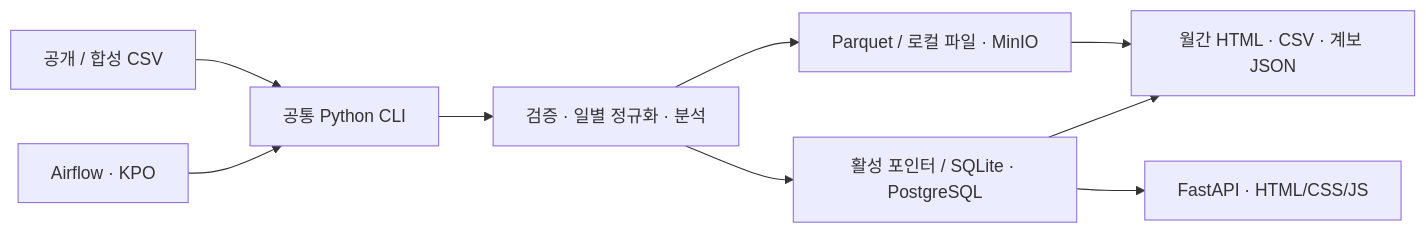
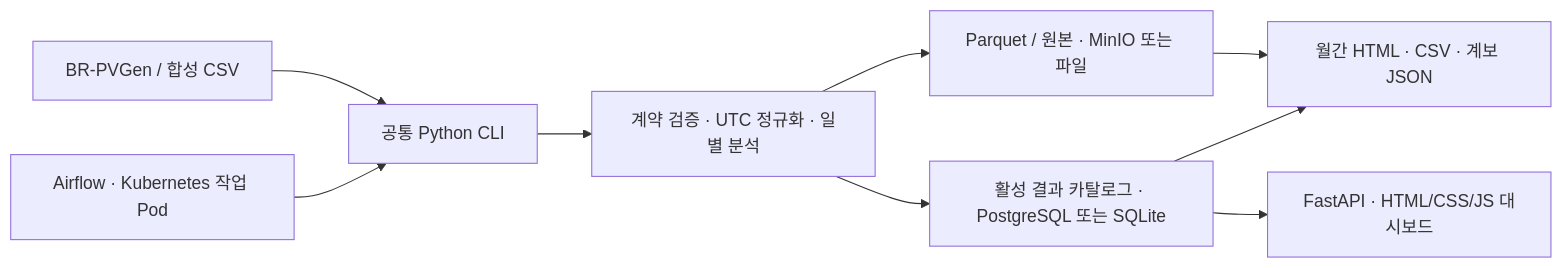
One commit to TaeyanG4/solarops-audit changed the diagram in README.md. Above: the diagram before and after it, drawn with Mermaid. The commit also changed other lines of this file and 24 other files, not shown here.

````diff
--- a/README.md
+++ b/README.md
@@ -43,11 +97,11 @@
 ```mermaid
 flowchart LR
-    A[공개 / 합성 CSV] --> B[공통 Python CLI]
-    H[Airflow · KPO] --> B
-    B --> C[검증 · 일별 정규화 · 분석]
-    C --> D[Parquet / 로컬 파일 · MinIO]
-    C --> E[활성 포인터 / SQLite · PostgreSQL]
+    A[BR-PVGen / 합성 CSV] --> B[공통 Python CLI]
+    H[Airflow · Kubernetes 작업 Pod] --> B
+    B --> C[계약 검증 · UTC 정규화 · 일별 분석]
+    C --> D[Parquet / 원본 · MinIO 또는 파일]
+    C --> E[활성 결과 카탈로그 · PostgreSQL 또는 SQLite]
     D --> F[월간 HTML · CSV · 계보 JSON]
     E --> F
-    E --> G[FastAPI · HTML/CSS/JS]
+    E --> G[FastAPI · HTML/CSS/JS 대시보드]
 ```
````
